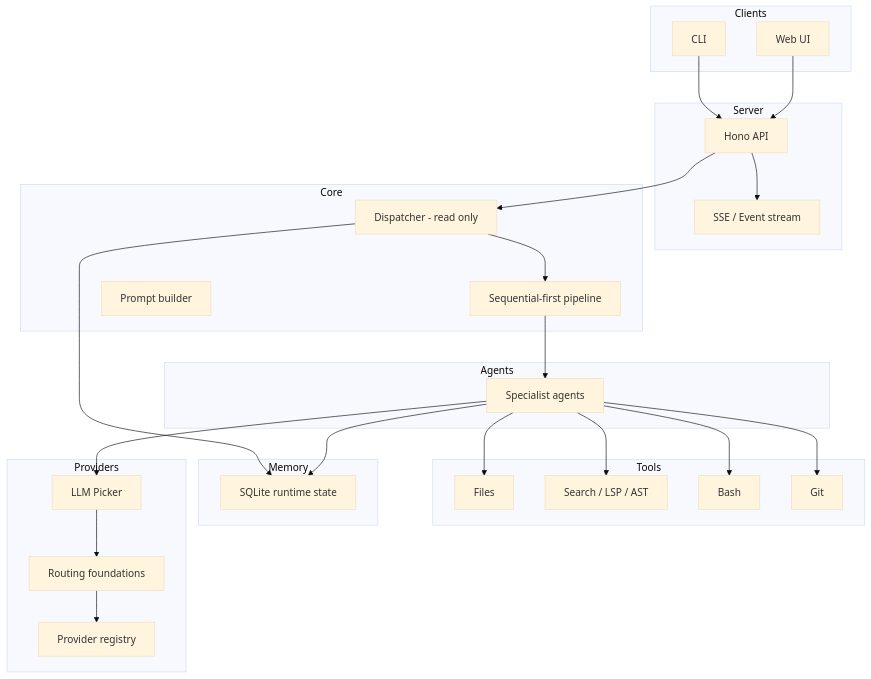
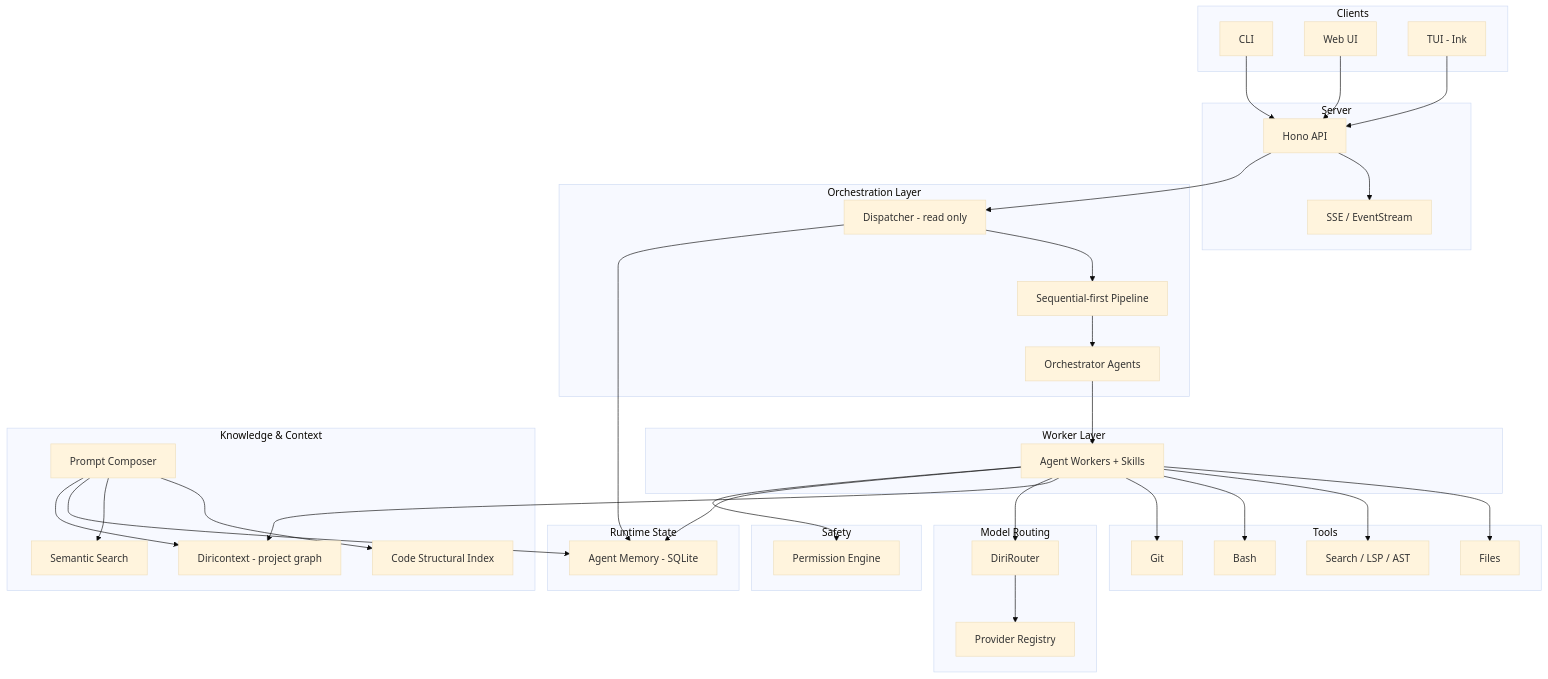
The diagram in README.md (radoxtech/diricode), drawn with Mermaid (base theme) before and after one commit. The commit also changed other lines of this file and 31 other files, not shown here.

First line of the commit message:
docs: Phase 2 — update all documentation for 9-module architecture (#637)

````diff
--- a/README.md
+++ b/README.md
@@ -103,55 +40,73 @@
 ```mermaid
 graph TD
     subgraph Clients
         CLI[CLI]
         Web[Web UI]
+        TUI[TUI - Ink]
     end
 
     subgraph Server
         API[Hono API]
-        SSE[SSE / Event stream]
+        SSE[SSE / EventStream]
     end
 
-    subgraph Core
+    subgraph "Orchestration Layer"
         Dispatcher[Dispatcher - read only]
-        Pipeline[Sequential-first pipeline]
-        Prompt[Prompt builder]
+        Pipeline[Sequential-first Pipeline]
+        Orchestrators[Orchestrator Agents]
     end
 
-    subgraph Agents
-        Specialists[Specialist agents]
+    subgraph "Worker Layer"
+        Workers[Agent Workers + Skills]
     end
 
     subgraph Tools
         Files[Files]
         Search[Search / LSP / AST]
         Bash[Bash]
         Git[Git]
     end
 
-    subgraph Memory
-        SQLite[SQLite runtime state]
+    subgraph "Knowledge & Context"
+        Diricontext[Diricontext - project graph]
+        PromptComposer[Prompt Composer]
+        CodeIndex[Code Structural Index]
+        SemanticSearch[Semantic Search]
     end
 
-    subgraph Providers
-        Registry[Provider registry]
-        Picker[LLM Picker]
-        Router[Routing foundations]
+    subgraph "Runtime State"
+        Memory[Agent Memory - SQLite]
+    end
+
+    subgraph "Model Routing"
+        DiriRouter[DiriRouter]
+        Providers[Provider Registry]
+    end
+
+    subgraph "Safety"
+        Permissions[Permission Engine]
     end
 
     CLI --> API
     Web --> API
+    TUI --> API
     API --> SSE
     API --> Dispatcher
     Dispatcher --> Pipeline
-    Pipeline --> Specialists
-    Specialists --> Files
-    Specialists --> Search
-    Specialists --> Bash
-    Specialists --> Git
-    Dispatcher --> SQLite
-    Specialists --> SQLite
-    Specialists --> Picker
-    Picker --> Router
-    Router --> Registry
+    Pipeline --> Orchestrators
+    Orchestrators --> Workers
+    Workers --> Files
+    Workers --> Search
+    Workers --> Bash
+    Workers --> Git
+    Workers --> Diricontext
+    PromptComposer --> CodeIndex
+    PromptComposer --> SemanticSearch
+    PromptComposer --> Memory
+    PromptComposer --> Diricontext
+    Workers --> DiriRouter
+    DiriRouter --> Providers
+    Dispatcher --> Memory
+    Workers --> Memory
+    Workers --> Permissions
 ```
````
